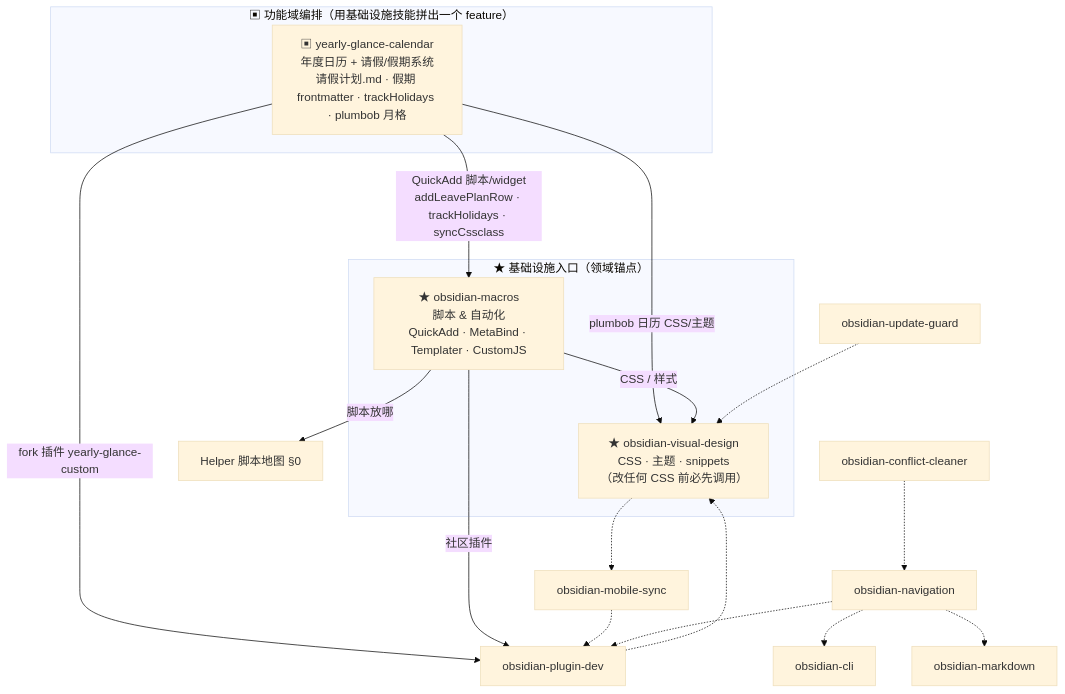
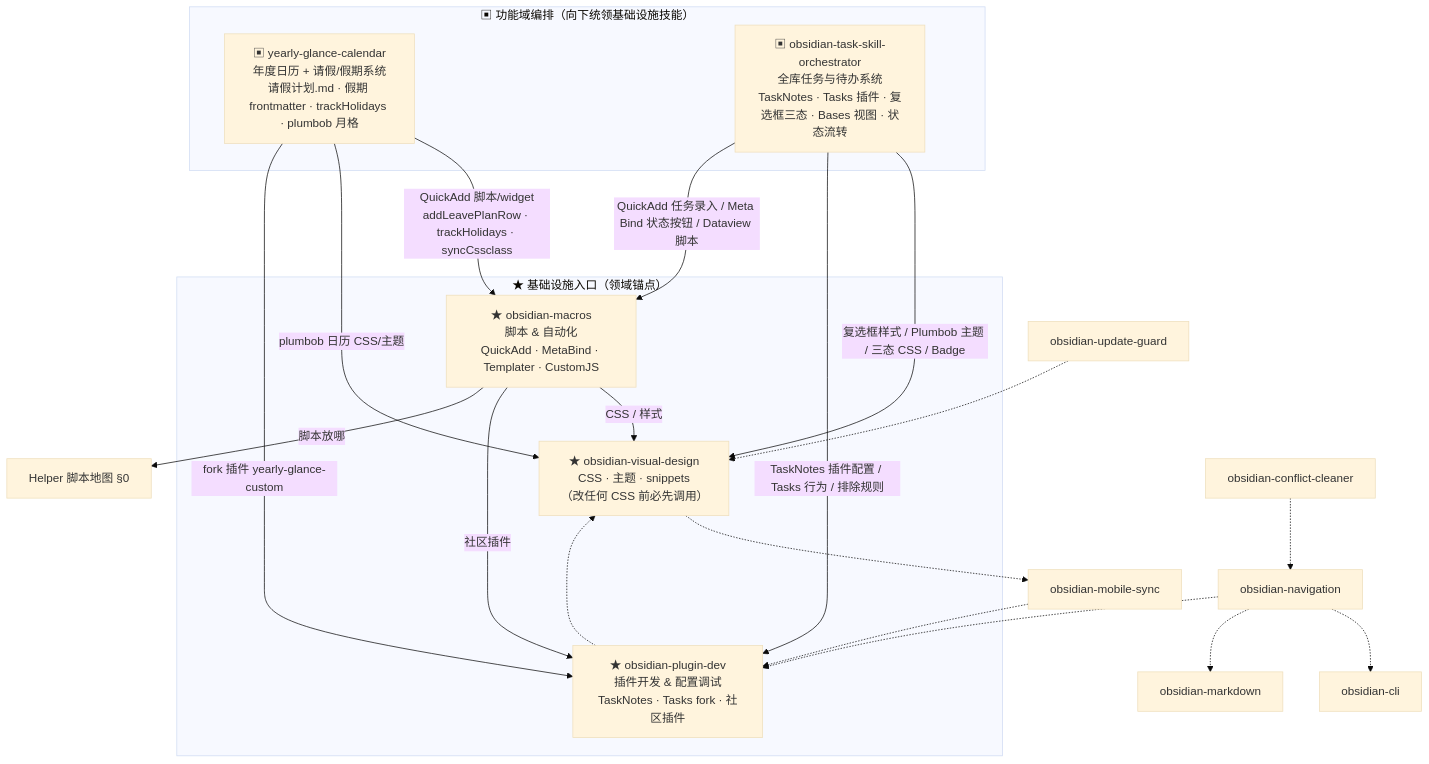
One commit to syyangv/obsidian-vault-scripts changed the diagram in 说明书/Obsidian 技能编排关系.md. Above: the diagram before and after it, drawn with Mermaid (base theme). The commit also changed other lines of this file, not shown here.

Commit message:
docs: document obsidian-task-skill-orchestrator in skill orchestration chart

````diff
--- a/说明书/Obsidian 技能编排关系.md
+++ b/说明书/Obsidian 技能编排关系.md
@@ -13,30 +13,36 @@
 ```mermaid
 graph TD
-    subgraph FEATURE["▣ 功能域编排（用基础设施技能拼出一个 feature）"]
+    subgraph FEATURE["▣ 功能域编排（向下统领基础设施技能）"]
         YG["▣ yearly-glance-calendar<br/>年度日历 + 请假/假期系统<br/>请假计划.md · 假期 frontmatter · trackHolidays · plumbob 月格"]
+        TO["▣ obsidian-task-skill-orchestrator<br/>全库任务与待办系统<br/>TaskNotes · Tasks 插件 · 复选框三态 · Bases 视图 · 状态流转"]
     end
     subgraph ANCHORS["★ 基础设施入口（领域锚点）"]
         M["★ obsidian-macros<br/>脚本 &amp; 自动化<br/>QuickAdd · MetaBind · Templater · CustomJS"]
         V["★ obsidian-visual-design<br/>CSS · 主题 · snippets<br/>（改任何 CSS 前必先调用）"]
+        PD["★ obsidian-plugin-dev<br/>插件开发 &amp; 配置调试<br/>TaskNotes · Tasks fork · 社区插件"]
     end
 
     %% 功能技能向下委派给基础设施技能（实线 = 声明式）
     YG -->|QuickAdd 脚本/widget<br/>addLeavePlanRow · trackHolidays · syncCssclass| M
     YG -->|plumbob 日历 CSS/主题| V
-    YG -->|fork 插件 yearly-glance-custom| PD["obsidian-plugin-dev"]
+    YG -->|fork 插件 yearly-glance-custom| PD
 
-    %% 基础设施锚点之间的声明式路由（本会话新增）
+    TO -->|复选框样式 / Plumbob 主题 / 三态 CSS / Badge| V
+    TO -->|TaskNotes 插件配置 / Tasks 行为 / 排除规则| PD
+    TO -->|QuickAdd 任务录入 / Meta Bind 状态按钮 / Dataview 脚本| M
+
+    %% 基础设施锚点之间的声明式路由
     M -->|CSS / 样式| V
     M -->|社区插件| PD
     M -->|脚本放哪| S0["Helper 脚本地图 §0"]
 
     %% 虚线 = SKILL 正文里既有的零散「see also」引用
     PD -.-> V
     UG["obsidian-update-guard"] -.-> V
     MS["obsidian-mobile-sync"] -.-> PD
     V -.-> MS
     NAV["obsidian-navigation"] -.-> CLI["obsidian-cli"]
     NAV -.-> MD["obsidian-markdown"]
     NAV -.-> PD
     CC["obsidian-conflict-cleaner"] -.-> NAV
 ```
````
